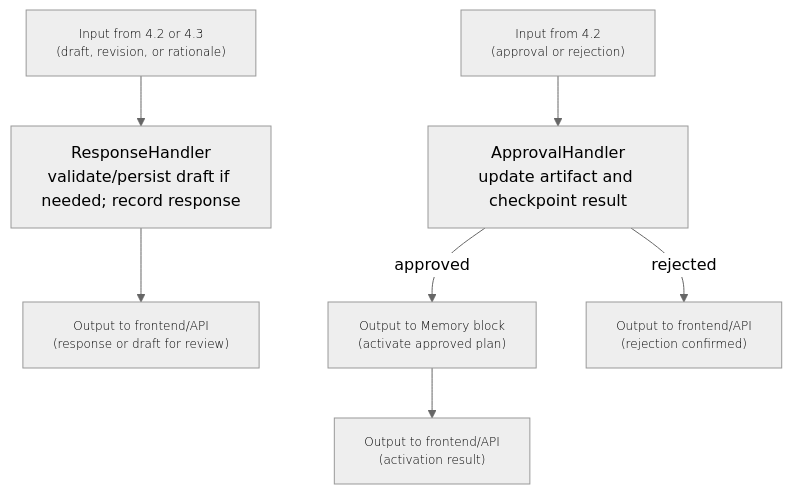
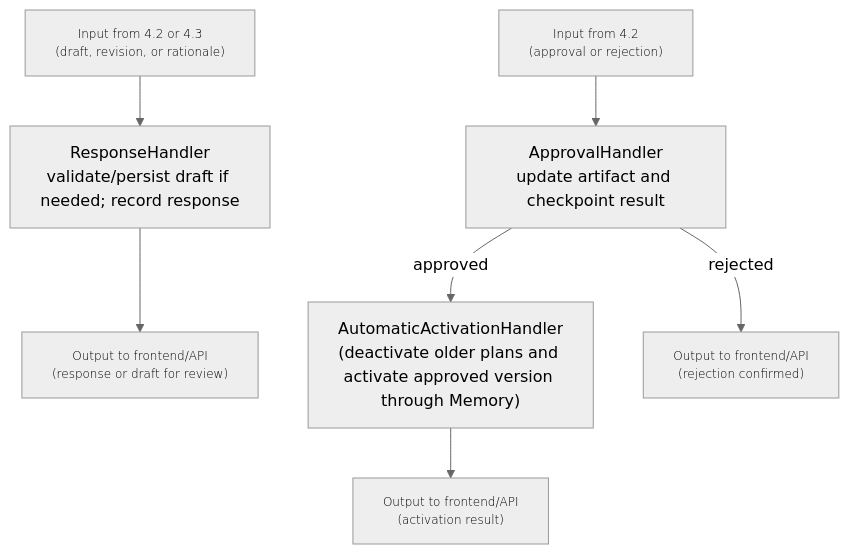
One commit to HanWang575/Agentic_Training_Plan_Generator changed the fifth of 5 diagrams in docs/functions/program_generator.md. Above: the diagram before and after it, drawn with Mermaid (neutral theme). The commit also changed other lines of this file and 3 other files, not shown here.

````diff
--- a/docs/functions/program_generator.md
+++ b/docs/functions/program_generator.md
@@ -376,10 +345,10 @@
 ```mermaid
 flowchart TD
     classDef handoff font-size:12px,font-weight:300;
     RESPONSE["Input from 4.2 or 4.3<br/>(draft, revision, or rationale)"]:::handoff --> DELIVER["ResponseHandler<br/>validate/persist draft if needed; record response"]
     DELIVER --> USER["Output to frontend/API<br/>(response or draft for review)"]:::handoff
     DECISION["Input from 4.2<br/>(approval or rejection)"]:::handoff --> APPROVE["ApprovalHandler<br/>update artifact and checkpoint result"]
-    APPROVE -->|approved| ACTIVE["Output to Memory block<br/>(activate approved plan)"]:::handoff
+    APPROVE -->|approved| ACTIVE["AutomaticActivationHandler<br/>(deactivate older plans and activate approved version through Memory)"]
     APPROVE -->|rejected| RESULT["Output to frontend/API<br/>(rejection confirmed)"]:::handoff
     ACTIVE --> RESULT2["Output to frontend/API<br/>(activation result)"]:::handoff
 ```
````
